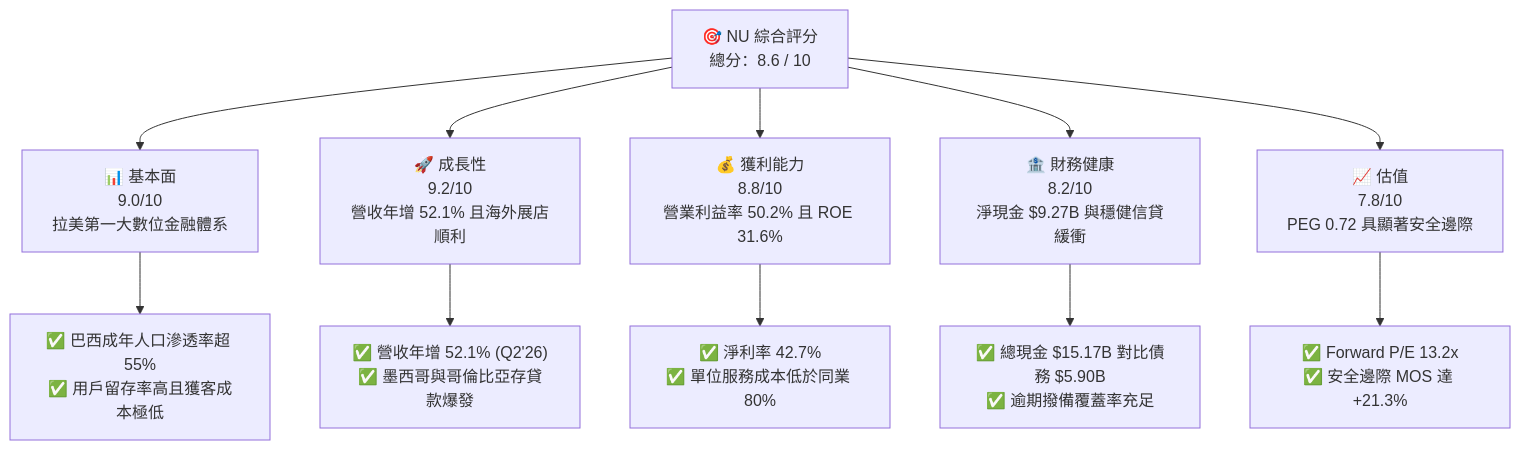
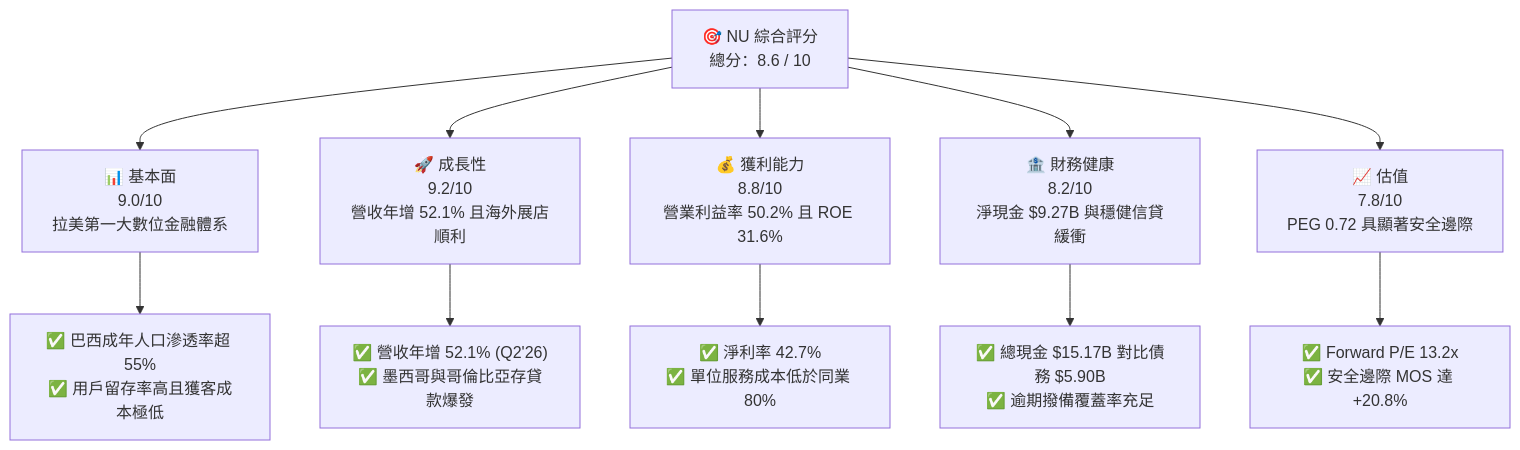
One commit to yennanliu/finance_data changed the first of 15 diagrams in ai_gen_report/fundamental/nu/fundamental_analysis_2026-10-14_gemini.md. Above: the diagram before and after it, drawn with Mermaid. The commit also changed other lines of this file and 339 other files, not shown here.

````diff
--- a/ai_gen_report/fundamental/nu/fundamental_analysis_2026-10-14_gemini.md
+++ b/ai_gen_report/fundamental/nu/fundamental_analysis_2026-10-14_gemini.md
@@ -58,22 +65,22 @@
 ```mermaid
 graph TD
     TICKER["🎯 NU 綜合評分<br/>總分：8.6 / 10"]
 
     F["📊 基本面<br/>9.0/10<br/>拉美第一大數位金融體系"]
     G["🚀 成長性<br/>9.2/10<br/>營收年增 52.1% 且海外展店順利"]
     P["💰 獲利能力<br/>8.8/10<br/>營業利益率 50.2% 且 ROE 31.6%"]
     B["🏦 財務健康<br/>8.2/10<br/>淨現金 $9.27B 與穩健信貸緩衝"]
     V["📈 估值<br/>7.8/10<br/>PEG 0.72 具顯著安全邊際"]
 
     TICKER --> F
     TICKER --> G
     TICKER --> P
     TICKER --> B
     TICKER --> V
 
     F --> F1["✅ 巴西成年人口滲透率超 55%<br/>✅ 用戶留存率高且獲客成本極低"]
     G --> G1["✅ 營收年增 52.1% (Q2'26)<br/>✅ 墨西哥與哥倫比亞存貸款爆發"]
     P --> P1["✅ 淨利率 42.7%<br/>✅ 單位服務成本低於同業 80%"]
     B --> B1["✅ 總現金 $15.17B 對比債務 $5.90B<br/>✅ 逾期撥備覆蓋率充足"]
-    V --> V1["✅ Forward P/E 13.2x<br/>✅ 安全邊際 MOS 達 +21.3%"]
+    V --> V1["✅ Forward P/E 13.2x<br/>✅ 安全邊際 MOS 達 +20.8%"]
 ```
````
